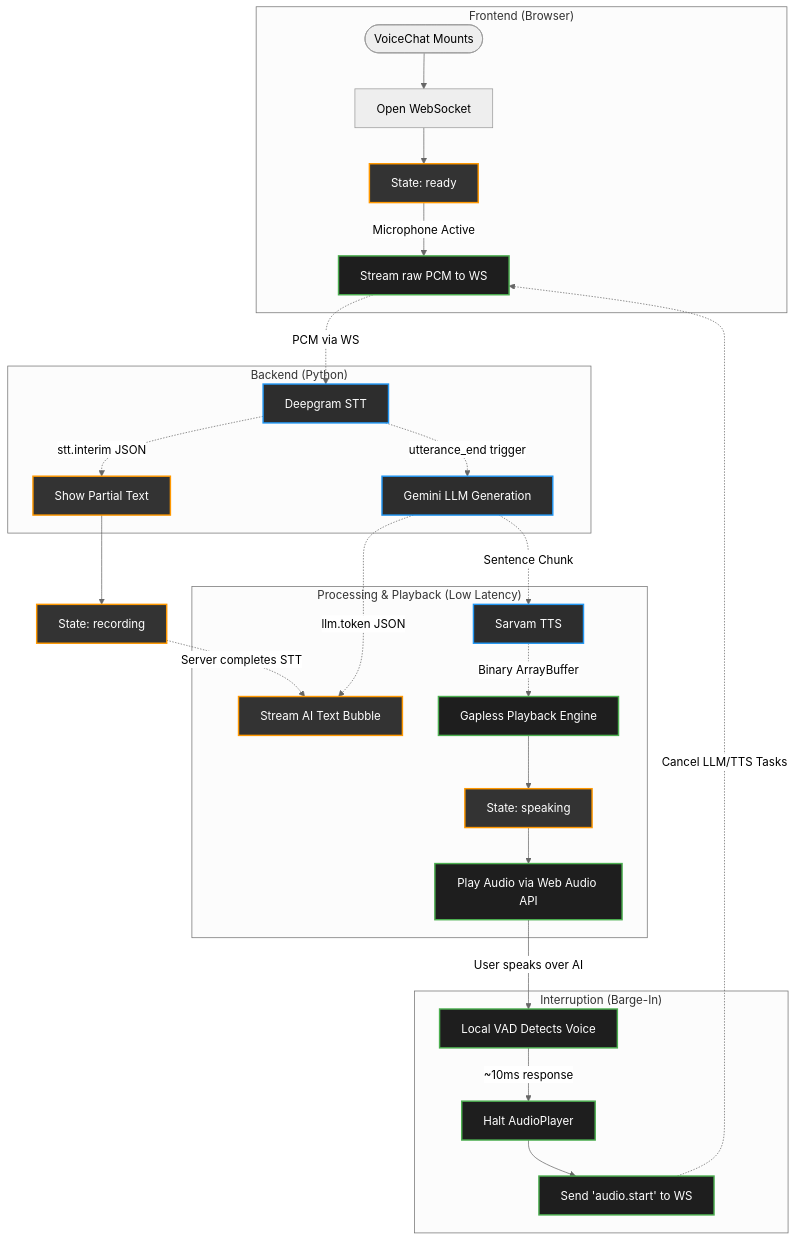
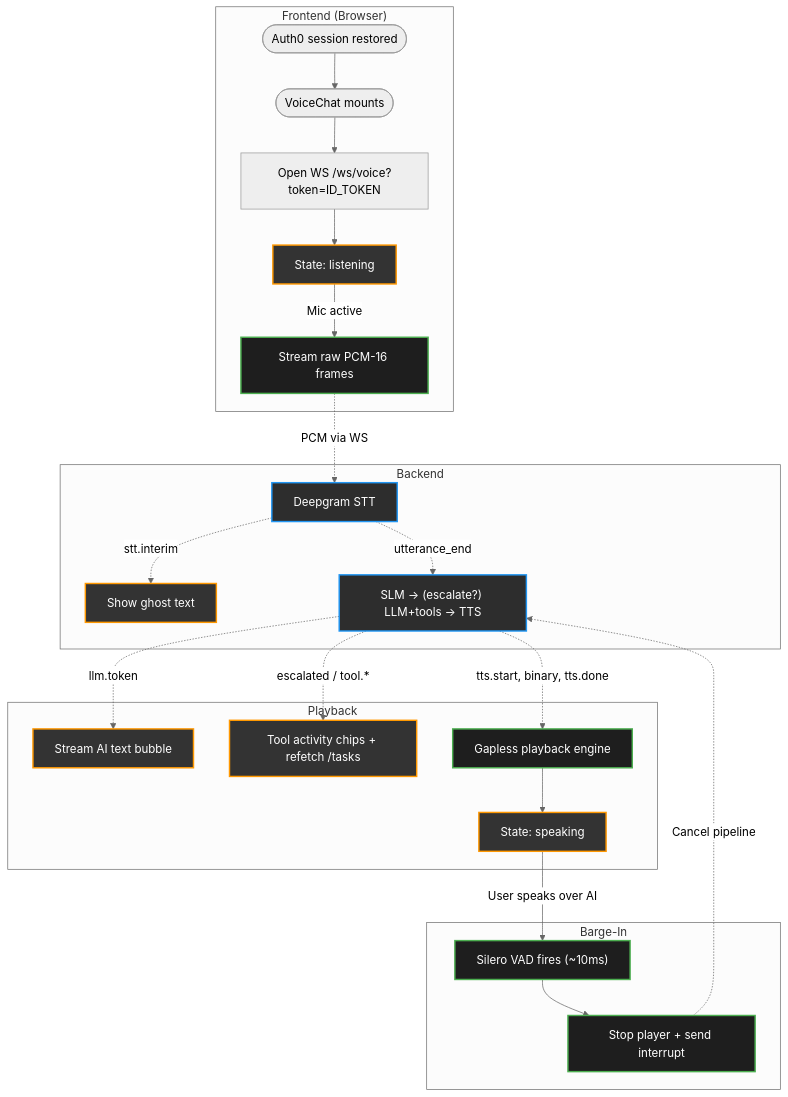
Before and after one commit to SOGeKING-NUL/taskade_backend: the diagram in frontend_explanation.md, drawn with Mermaid (neutral theme). The commit also changed other lines of this file and 25 other files, not shown here.

````diff
--- a/frontend_explanation.md
+++ b/frontend_explanation.md
@@ -11,42 +70,32 @@
 ```mermaid
 graph TD
-    %% Define Styles
     classDef client fill:#1e1e1e,stroke:#4CAF50,stroke-width:2px,color:#fff
     classDef server fill:#2d2d2d,stroke:#2196F3,stroke-width:2px,color:#fff
     classDef ui fill:#333,stroke:#ff9800,stroke-width:2px,color:#fff
 
     subgraph "Frontend (Browser)"
-        Start([VoiceChat Mounts]) --> Connect[Open WebSocket]
-        Connect --> IdleState["State: ready"]:::ui
-        
-        %% Continuous Streaming
-        IdleState --> |Microphone Active| StreamAudio["Stream raw PCM to WS"]:::client
+        Auth([Auth0 session restored]) --> Mount([VoiceChat mounts])
+        Mount --> Connect["Open WS /ws/voice?token=ID_TOKEN"]
+        Connect --> Idle["State: listening"]:::ui
+        Idle --> |Mic active| Stream["Stream raw PCM-16 frames"]:::client
     end
-    
-    subgraph "Backend (Python)"
-        StreamAudio -.-> |PCM via WS| Deepgram["Deepgram STT"]:::server
-        Deepgram -.-> |stt.interim JSON| InterimUI["Show Partial Text"]:::ui
-        
-        Deepgram -.-> |utterance_end trigger| LLM["Gemini LLM Generation"]:::server
+
+    subgraph "Backend"
+        Stream -.-> |PCM via WS| DG["Deepgram STT"]:::server
+        DG -.-> |stt.interim| Ghost["Show ghost text"]:::ui
+        DG -.-> |utterance_end| Pipe["SLM → (escalate?) LLM+tools → TTS"]:::server
     end
-    
-    InterimUI --> StartRec["State: recording"]:::ui
-    
-    subgraph "Processing & Playback (Low Latency)"
-        LLM -.-> |llm.token JSON| StreamUI["Stream AI Text Bubble"]:::ui
-        LLM -.-> |Sentence Chunk| TTS["Sarvam TTS"]:::server
-        
-        TTS -.-> |Binary ArrayBuffer| Playback["Gapless Playback Engine"]:::client
-        Playback --> SpeakingState["State: speaking"]:::ui
-        SpeakingState --> PlayAudio["Play Audio via Web Audio API"]:::client
+
+    subgraph "Playback"
+        Pipe -.-> |llm.token| Bubble["Stream AI text bubble"]:::ui
+        Pipe -.-> |escalated / tool.*| Chips["Tool activity chips + refetch /tasks"]:::ui
+        Pipe -.-> |tts.start, binary, tts.done| Player["Gapless playback engine"]:::client
+        Player --> Speaking["State: speaking"]:::ui
     end
-    
-    StartRec -.-> |Server completes STT| StreamUI
-    
-    subgraph "Interruption (Barge-In)"
-        PlayAudio --> |User speaks over AI| VAD["Local VAD Detects Voice"]:::client
-        VAD --> |~10ms response| StopPlayer["Halt AudioPlayer"]:::client
-        StopPlayer --> SendInterrupt["Send 'audio.start' to WS"]:::client
-        SendInterrupt -.-> |Cancel LLM/TTS Tasks| StreamAudio
+
+    subgraph "Barge-In"
+        Speaking --> |User speaks over AI| VAD["Silero VAD fires (~10ms)"]:::client
+        VAD --> Stop["Stop player + send interrupt"]:::client
+        Stop -.-> |Cancel pipeline| Pipe
     end
 ```
````
